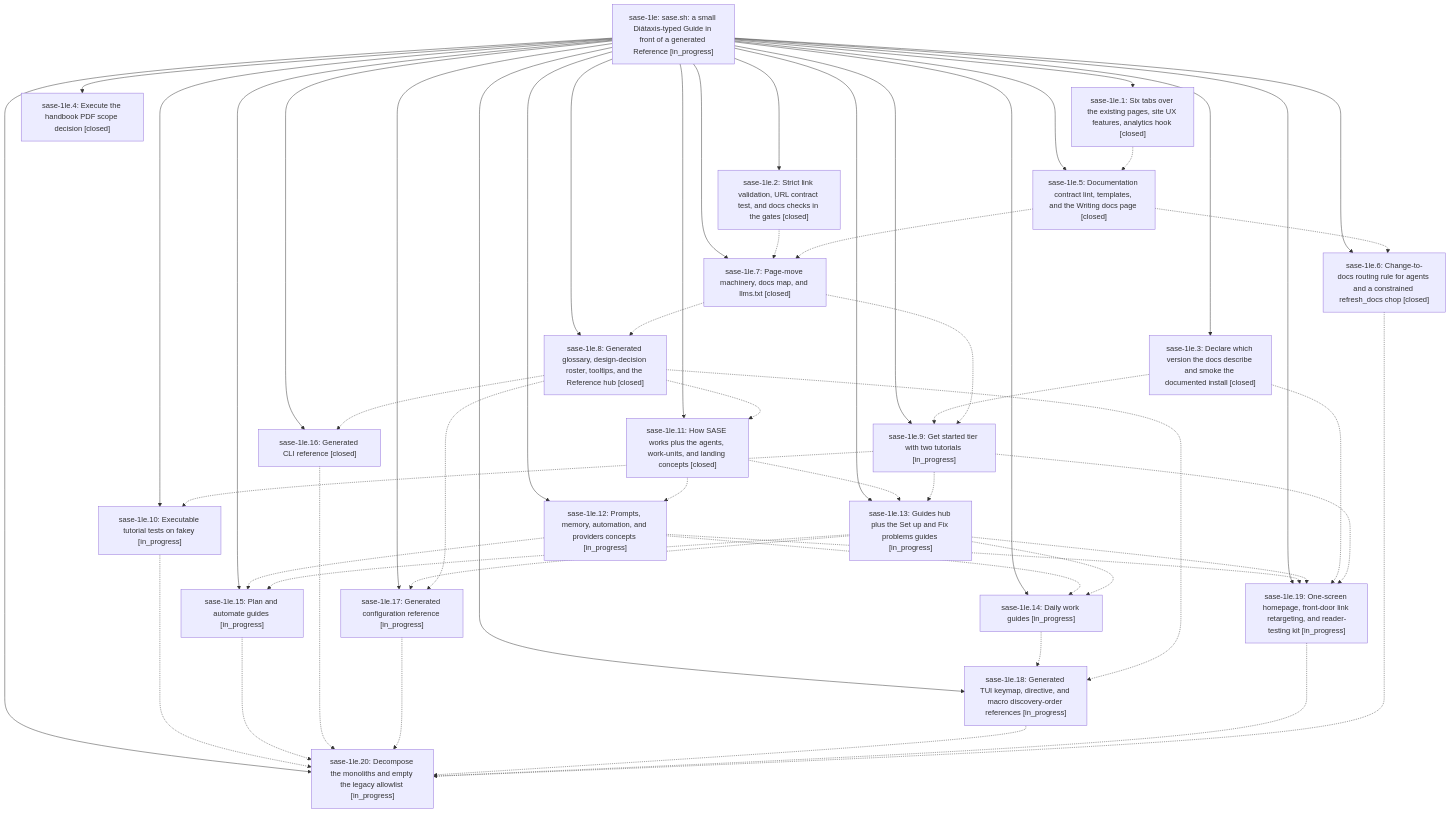
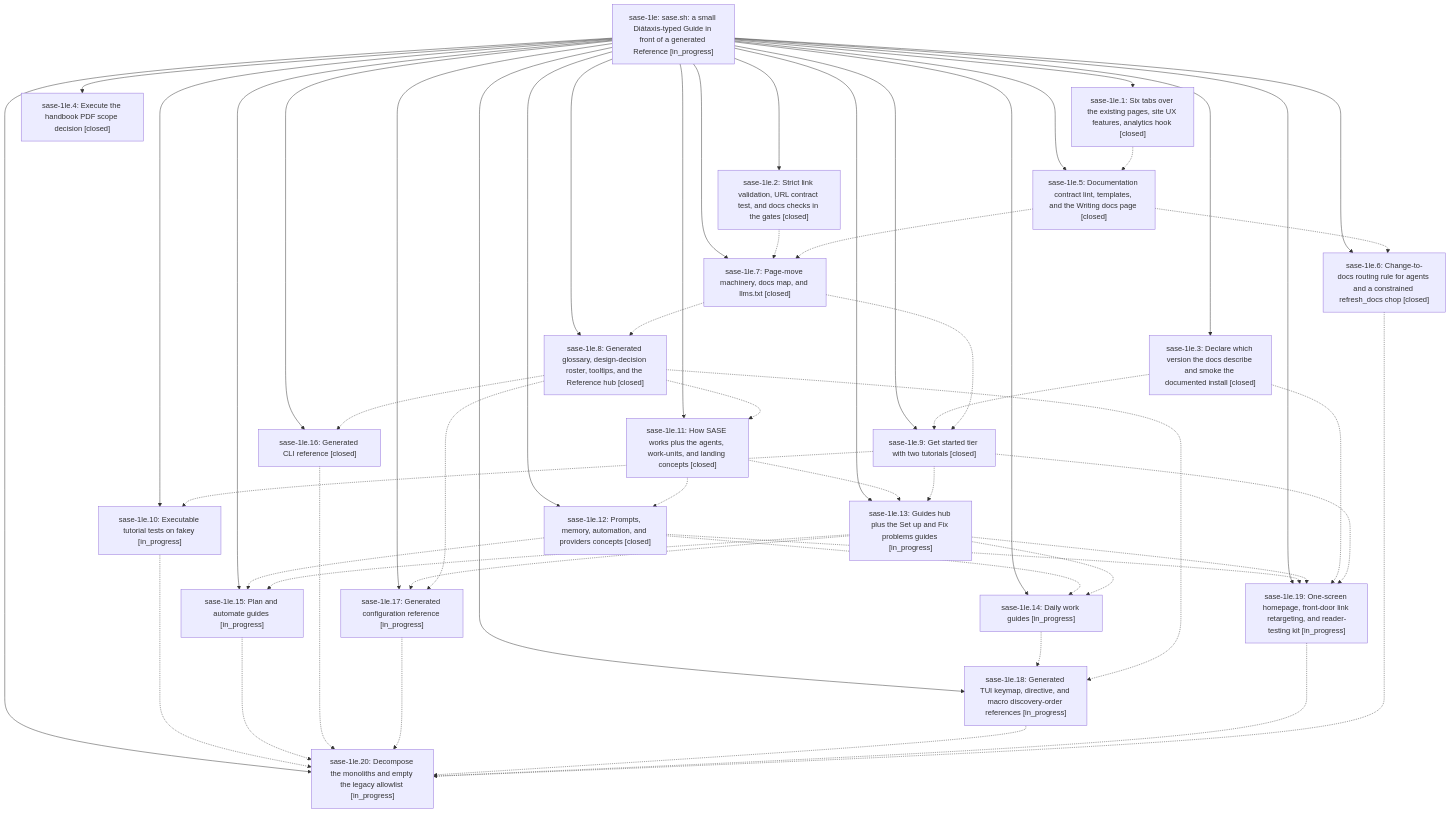
One commit to sase-org/sase--beads changed the diagram in pages/sase-1le/README.md. Above: the diagram before and after it, drawn with Mermaid. The commit also changed other lines of this file and 11 other files, not shown here.

````diff
--- a/pages/sase-1le/README.md
+++ b/pages/sase-1le/README.md
@@ -41,76 +41,76 @@
 ```mermaid
 flowchart TD
     n0["sase-1le: sase.sh: a small Diátaxis-typed Guide in front of a generated Reference [in_progress]"]
     n1["sase-1le.1: Six tabs over the existing pages, site UX features, analytics hook [closed]"]
     n2["sase-1le.10: Executable tutorial tests on fakey [in_progress]"]
     n3["sase-1le.11: How SASE works plus the agents, work-units, and landing concepts [closed]"]
-    n4["sase-1le.12: Prompts, memory, automation, and providers concepts [in_progress]"]
+    n4["sase-1le.12: Prompts, memory, automation, and providers concepts [closed]"]
     n5["sase-1le.13: Guides hub plus the Set up and Fix problems guides [in_progress]"]
     n6["sase-1le.14: Daily work guides [in_progress]"]
     n7["sase-1le.15: Plan and automate guides [in_progress]"]
     n8["sase-1le.16: Generated CLI reference [closed]"]
     n9["sase-1le.17: Generated configuration reference [in_progress]"]
     n10["sase-1le.18: Generated TUI keymap, directive, and macro discovery-order references [in_progress]"]
     n11["sase-1le.19: One-screen homepage, front-door link retargeting, and reader-testing kit [in_progress]"]
     n12["sase-1le.2: Strict link validation, URL contract test, and docs checks in the gates [closed]"]
     n13["sase-1le.20: Decompose the monoliths and empty the legacy allowlist [in_progress]"]
     n14["sase-1le.3: Declare which version the docs describe and smoke the documented install [closed]"]
     n15["sase-1le.4: Execute the handbook PDF scope decision [closed]"]
     n16["sase-1le.5: Documentation contract lint, templates, and the Writing docs page [closed]"]
     n17["sase-1le.6: Change-to-docs routing rule for agents and a constrained refresh_docs chop [closed]"]
     n18["sase-1le.7: Page-move machinery, docs map, and llms.txt [closed]"]
     n19["sase-1le.8: Generated glossary, design-decision roster, tooltips, and the Reference hub [closed]"]
-    n20["sase-1le.9: Get started tier with two tutorials [in_progress]"]
+    n20["sase-1le.9: Get started tier with two tutorials [closed]"]
     n0 --> n1
     n0 --> n2
     n0 --> n3
     n0 --> n4
     n0 --> n5
     n0 --> n6
     n0 --> n7
     n0 --> n8
     n0 --> n9
     n0 --> n10
     n0 --> n11
     n0 --> n12
     n0 --> n13
     n0 --> n14
     n0 --> n15
     n0 --> n16
     n0 --> n17
     n0 --> n18
     n0 --> n19
     n0 --> n20
     n1 -.-> n16
     n2 -.-> n13
     n3 -.-> n4
     n3 -.-> n5
     n4 -.-> n6
     n4 -.-> n7
     n4 -.-> n11
     n5 -.-> n6
     n5 -.-> n7
     n5 -.-> n9
     n5 -.-> n11
     n6 -.-> n10
     n7 -.-> n13
     n8 -.-> n13
     n9 -.-> n13
     n10 -.-> n13
     n11 -.-> n13
     n12 -.-> n18
     n14 -.-> n11
     n14 -.-> n20
     n16 -.-> n17
     n16 -.-> n18
     n17 -.-> n13
     n18 -.-> n19
     n18 -.-> n20
     n19 -.-> n3
     n19 -.-> n8
     n19 -.-> n9
     n19 -.-> n10
     n20 -.-> n2
     n20 -.-> n5
     n20 -.-> n11
 ```
````
